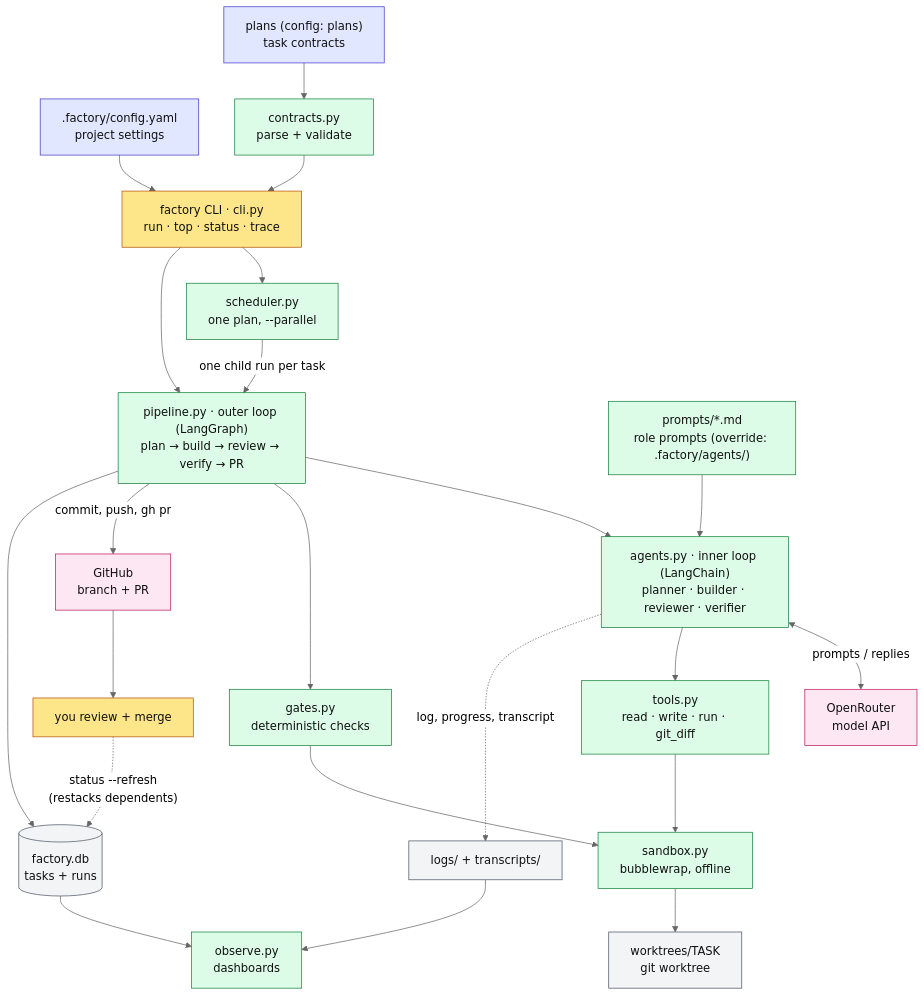
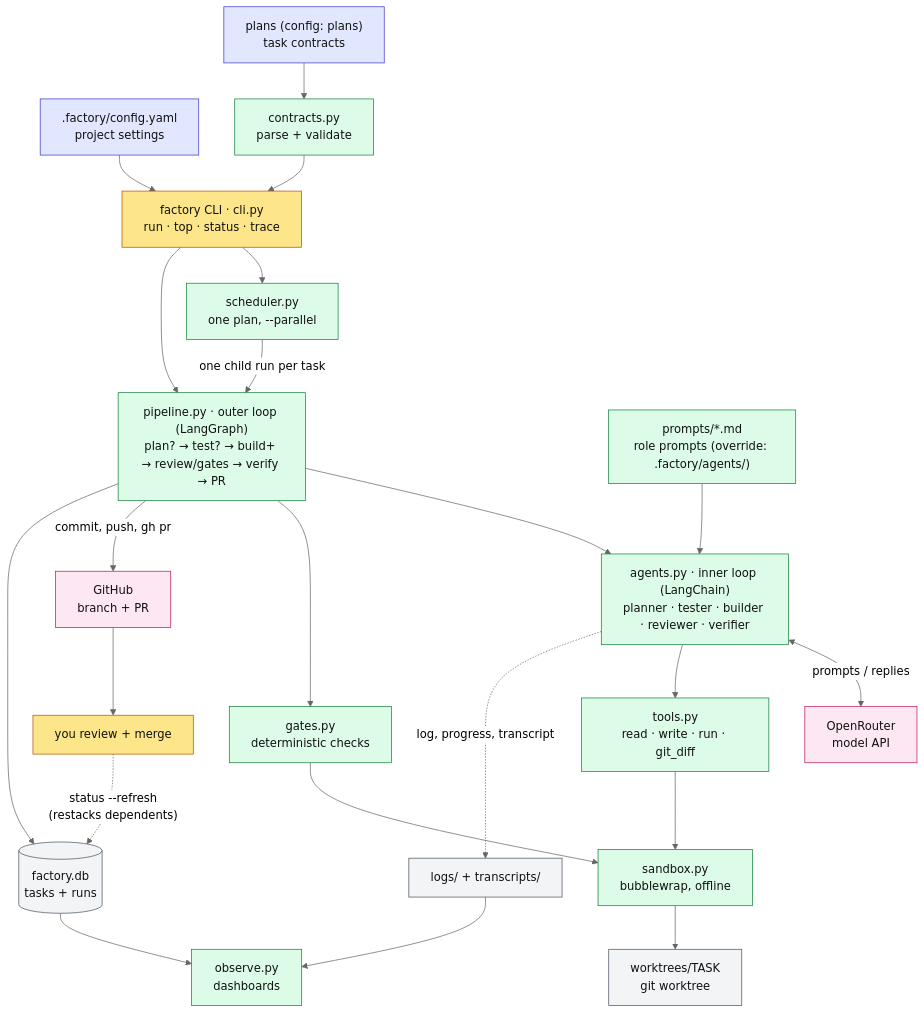
One commit to PaddyMc/software-factory changed the first of 8 diagrams in docs/architecture.md. Above: the diagram before and after it, drawn with Mermaid (neutral theme). The commit also changed other lines of this file and 7 other files, not shown here.

First line of the commit message:
factory(strict-flow-t09): docs/architecture.md, docs/reference.md,…

````diff
--- a/docs/architecture.md
+++ b/docs/architecture.md
@@ -19,45 +19,45 @@
 ```mermaid
 flowchart TB
   Plans["plans (config: plans)<br/>task contracts"]:::repo
   Config[".factory/config.yaml<br/>project settings"]:::repo
   CLI["factory CLI · cli.py<br/>run · top · status · trace"]:::you
   Contracts["contracts.py<br/>parse + validate"]:::core
   Sched["scheduler.py<br/>one plan, --parallel"]:::core
-  Pipe["pipeline.py · outer loop (LangGraph)<br/>plan → build → review → verify → PR"]:::core
+  Pipe["pipeline.py · outer loop (LangGraph)<br/>plan? → test? → build+ → review/gates → verify → PR"]:::core
   Roles["prompts/*.md<br/>role prompts (override: .factory/agents/)"]:::core
-  Agents["agents.py · inner loop (LangChain)<br/>planner · builder · reviewer · verifier"]:::core
+  Agents["agents.py · inner loop (LangChain)<br/>planner · tester · builder · reviewer · verifier"]:::core
   Gates["gates.py<br/>deterministic checks"]:::core
   Tools["tools.py<br/>read · write · run · git_diff"]:::core
   Sandbox["sandbox.py<br/>bubblewrap, offline"]:::core
   OR["OpenRouter<br/>model API"]:::ext
   GH["GitHub<br/>branch + PR"]:::ext
   WT["worktrees/TASK<br/>git worktree"]:::state
   DB[("factory.db<br/>tasks + runs")]:::state
   Files["logs/ + transcripts/"]:::state
   Obs["observe.py<br/>dashboards"]:::core
   Merge["you review + merge"]:::you
 
   Plans --> Contracts --> CLI
   Config --> CLI
   CLI --> Sched -->|"one child run per task"| Pipe
   CLI --> Pipe
   Roles --> Agents
   Pipe --> Agents
   Pipe --> Gates
   Agents <-->|"prompts / replies"| OR
   Agents --> Tools --> Sandbox
   Gates --> Sandbox
   Sandbox --> WT
   Pipe -->|"commit, push, gh pr"| GH --> Merge
   Pipe --> DB
   Agents -.->|"log, progress, transcript"| Files
   Merge -.->|"status --refresh<br/>(restacks dependents)"| DB
   DB --> Obs
   Files --> Obs
 
   classDef you fill:#fde68a,stroke:#b45309,color:#111
   classDef repo fill:#e0e7ff,stroke:#4338ca,color:#111
   classDef core fill:#dcfce7,stroke:#15803d,color:#111
   classDef state fill:#f3f4f6,stroke:#4b5563,color:#111
   classDef ext fill:#fce7f3,stroke:#be185d,color:#111
 ```
````
